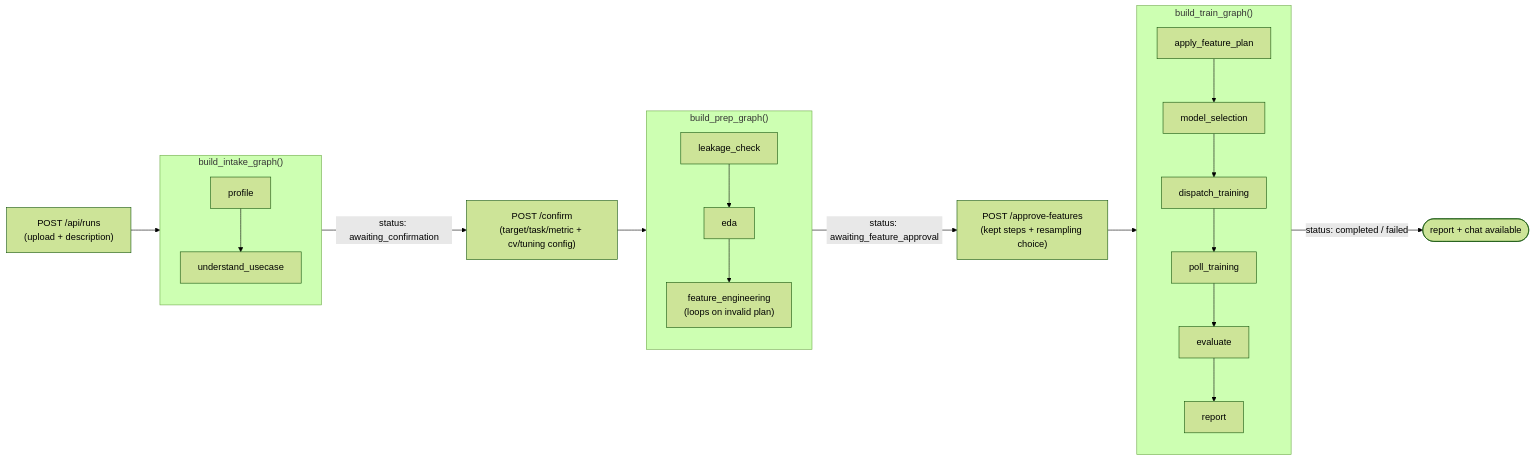
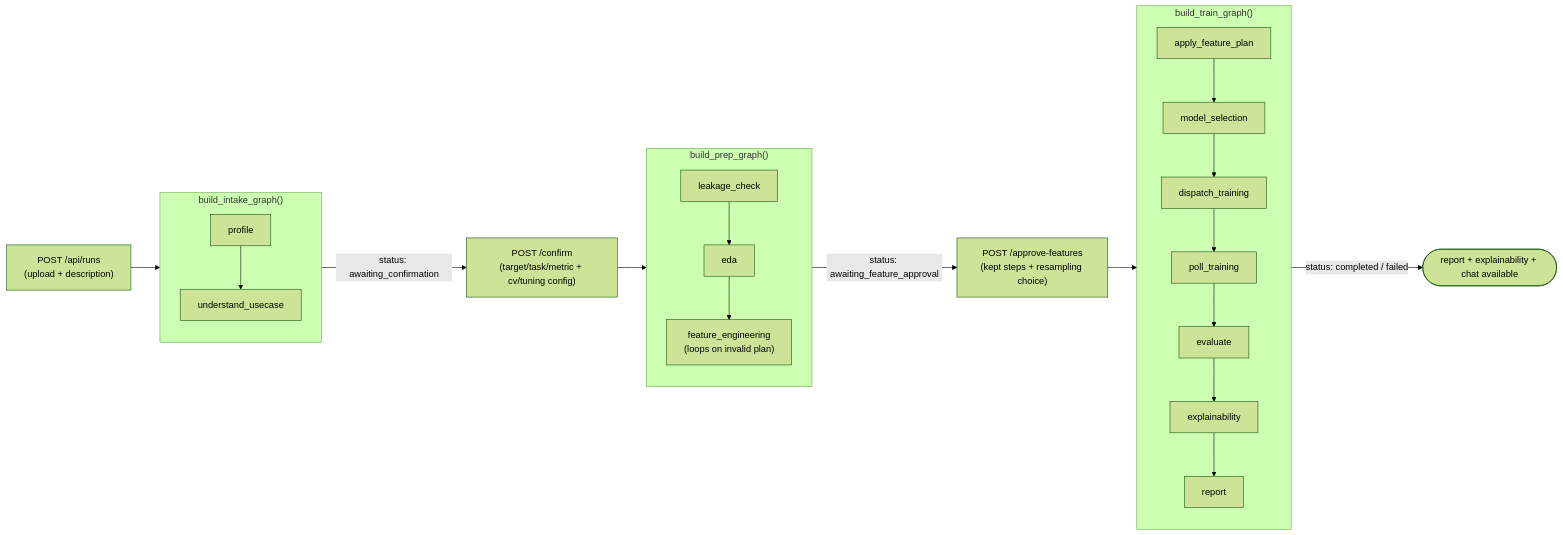
The third of 4 diagrams in README.md (dasdristanta13/Auto_ML), drawn with Mermaid (forest theme) before and after one commit. The commit also changed other lines of this file and 2 other files, not shown here.

````diff
--- a/README.md
+++ b/README.md
@@ -158,23 +171,23 @@
 ```mermaid
 flowchart LR
     U1["POST /api/runs\n(upload + description)"] --> G1
     subgraph G1["build_intake_graph()"]
         direction TB
         P1[profile] --> U["understand_usecase"]
     end
     G1 -->|"status: awaiting_confirmation"| U2
 
     U2["POST /confirm\n(target/task/metric + cv/tuning config)"] --> G2
     subgraph G2["build_prep_graph()"]
         direction TB
         L2["leakage_check"] --> E2[eda] --> F2["feature_engineering\n(loops on invalid plan)"]
     end
     G2 -->|"status: awaiting_feature_approval"| U3
 
     U3["POST /approve-features\n(kept steps + resampling choice)"] --> G3
     subgraph G3["build_train_graph()"]
         direction TB
-        A3["apply_feature_plan"] --> M3["model_selection"] --> D3["dispatch_training"] --> PO3["poll_training"] --> EV3[evaluate] --> R3[report]
+        A3["apply_feature_plan"] --> M3["model_selection"] --> D3["dispatch_training"] --> PO3["poll_training"] --> EV3[evaluate] --> EX3[explainability] --> R3[report]
     end
-    G3 -->|"status: completed / failed"| DONE(["report + chat available"])
+    G3 -->|"status: completed / failed"| DONE(["report + explainability + chat available"])
 ```
````
